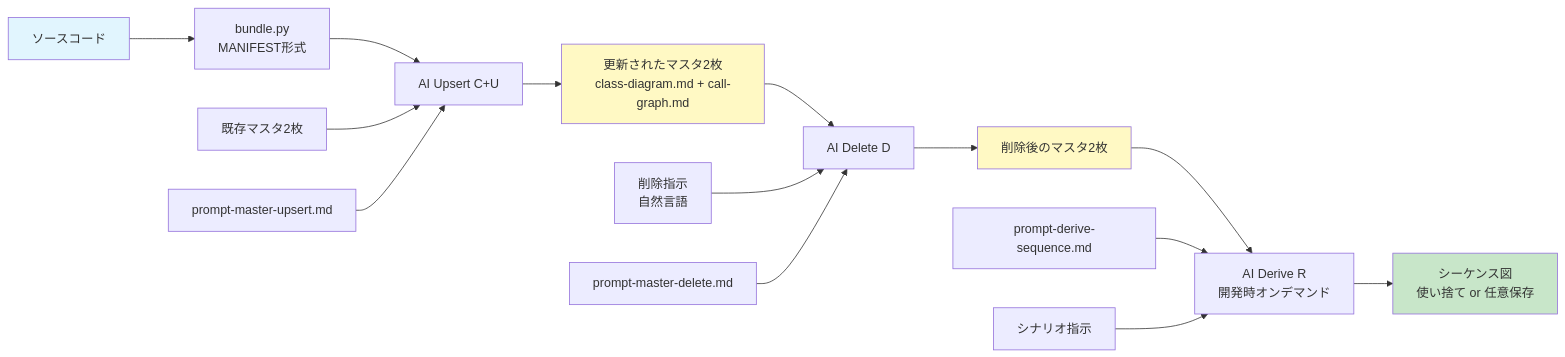
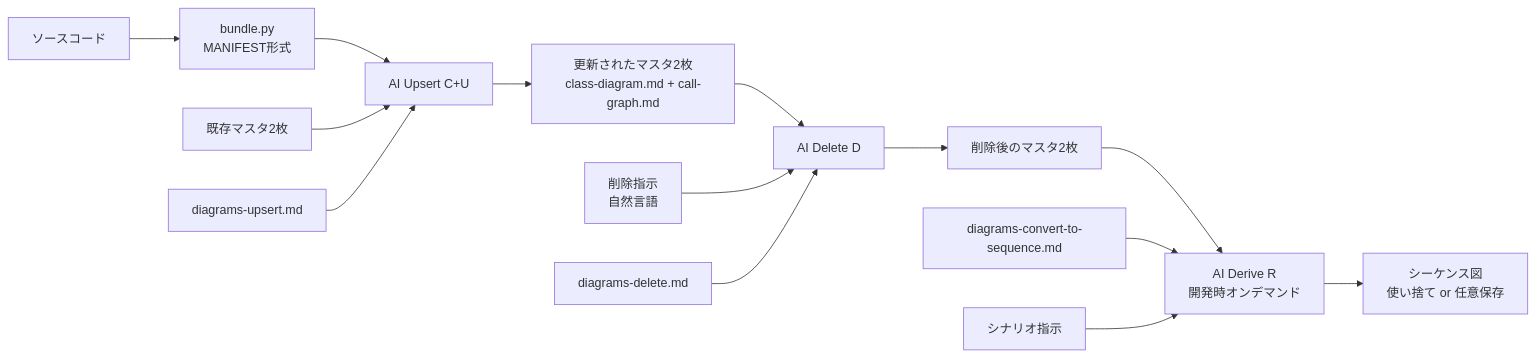
One commit to yasuhiro112358/ai-agent-toolkit changed the first of 6 diagrams in prompts/code-dependency-analysis/requirements.md. Above: the diagram before and after it, drawn with Mermaid. The commit also changed other lines of this file and 2 other files, not shown here.

First line of the commit message:
refactor(code-dependency-analysis): rewrite documentation and extend language support

````diff
--- a/prompts/code-dependency-analysis/requirements.md
+++ b/prompts/code-dependency-analysis/requirements.md
@@ -69,25 +61,20 @@
 ```mermaid
 graph LR
     Code[ソースコード]
     Code --> Bundle[bundle.py<br/>MANIFEST形式]
 
     Bundle --> AI1[AI Upsert C+U]
     Master1[既存マスタ2枚] --> AI1
-    Prompt1[prompt-master-upsert.md] --> AI1
+    Prompt1[diagrams-upsert.md] --> AI1
     AI1 --> Master2[更新されたマスタ2枚<br/>class-diagram.md + call-graph.md]
 
     Master2 --> AI_D[AI Delete D]
     DelInst[削除指示<br/>自然言語] --> AI_D
-    PromptD[prompt-master-delete.md] --> AI_D
+    PromptD[diagrams-delete.md] --> AI_D
     AI_D --> Master3[削除後のマスタ2枚]
 
     Master3 --> AI2[AI Derive R<br/>開発時オンデマンド]
-    Prompt2[prompt-derive-sequence.md] --> AI2
+    Prompt2[diagrams-convert-to-sequence.md] --> AI2
     Scenario[シナリオ指示] --> AI2
     AI2 --> SD[シーケンス図<br/>使い捨て or 任意保存]
-
-    style Code fill:#e1f5fe
-    style Master2 fill:#fff9c4
-    style Master3 fill:#fff9c4
-    style SD fill:#c8e6c9
 ```
````
